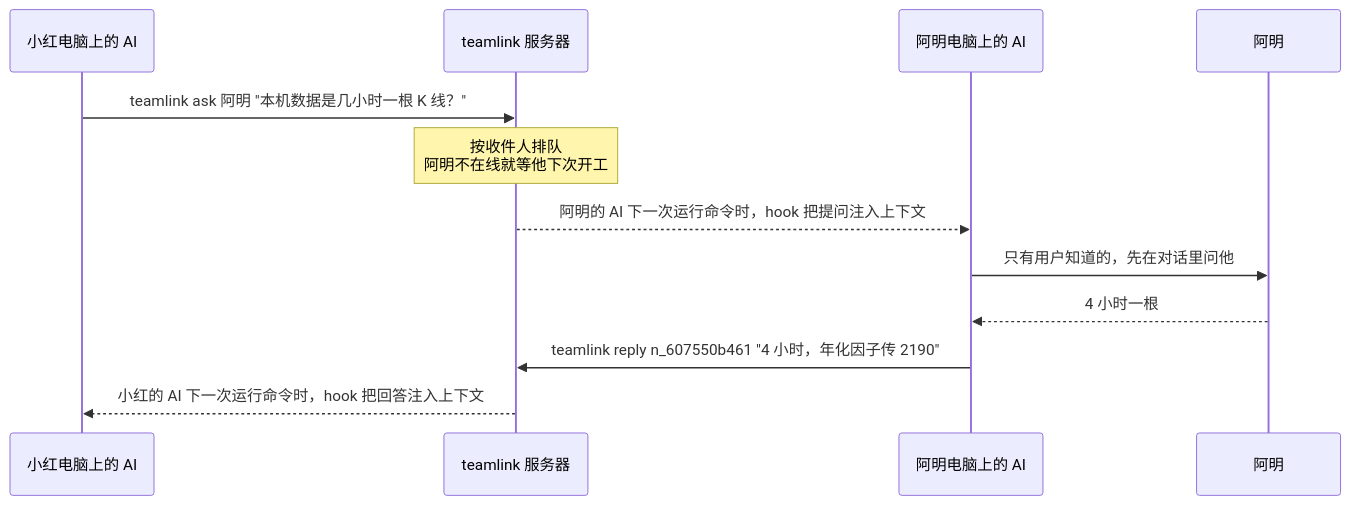
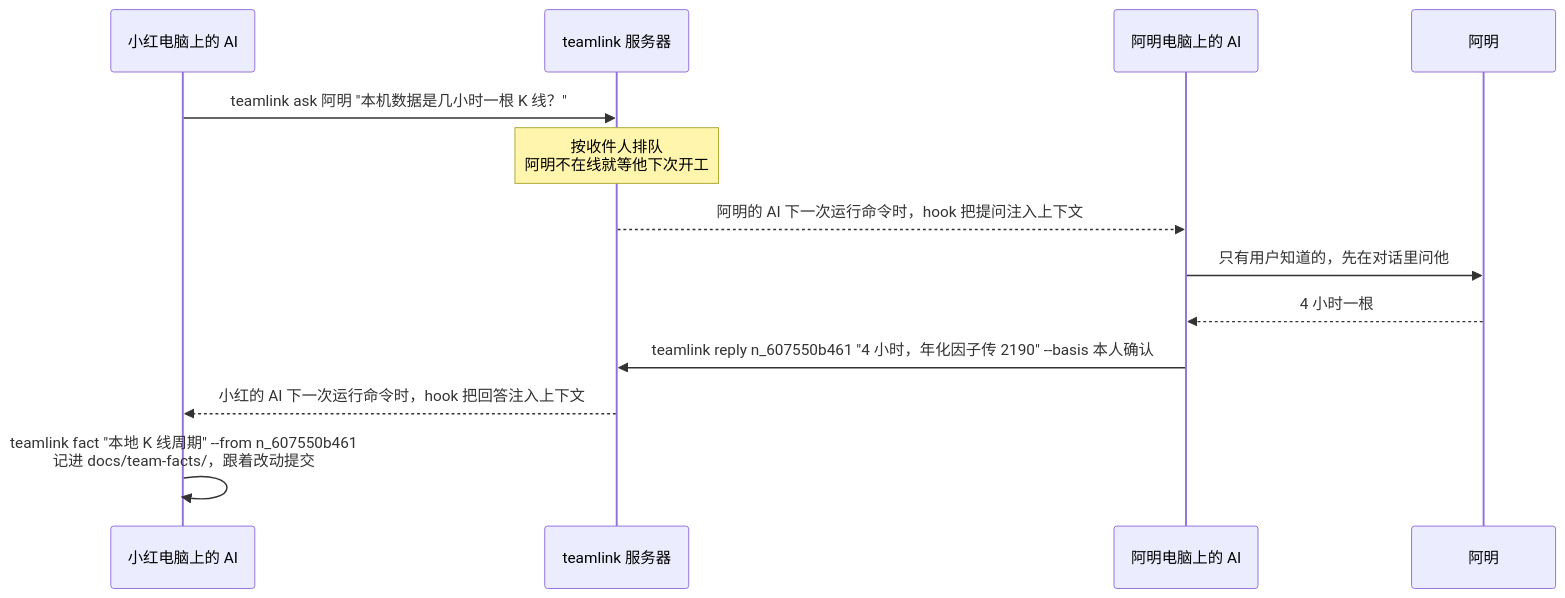
One commit to zhenxiliang/teamlink changed the diagram in README.md. Above: the diagram before and after it, drawn with Mermaid. The commit also changed other lines of this file and 26 other files, not shown here.

First line of the commit message:
0.3.0：回答带依据（reply --basis）、团队事实（fact、facts，ask 之前先查）、teamlink-server stats

````diff
--- a/README.md
+++ b/README.md
@@ -52,14 +54,15 @@
 ```mermaid
 sequenceDiagram
     participant A as 小红电脑上的 AI
     participant S as teamlink 服务器
     participant B as 阿明电脑上的 AI
     participant U as 阿明
     A->>S: teamlink ask 阿明 "本机数据是几小时一根 K 线？"
     Note over S: 按收件人排队<br/>阿明不在线就等他下次开工
     S-->>B: 阿明的 AI 下一次运行命令时，hook 把提问注入上下文
     B->>U: 只有用户知道的，先在对话里问他
     U-->>B: 4 小时一根
-    B->>S: teamlink reply n_607550b461 "4 小时，年化因子传 2190"
+    B->>S: teamlink reply n_607550b461 "4 小时，年化因子传 2190" --basis 本人确认
     S-->>A: 小红的 AI 下一次运行命令时，hook 把回答注入上下文
+    A->>A: teamlink fact "本地 K 线周期" --from n_607550b461<br/>记进 docs/team-facts/，跟着改动提交
 ```
````
